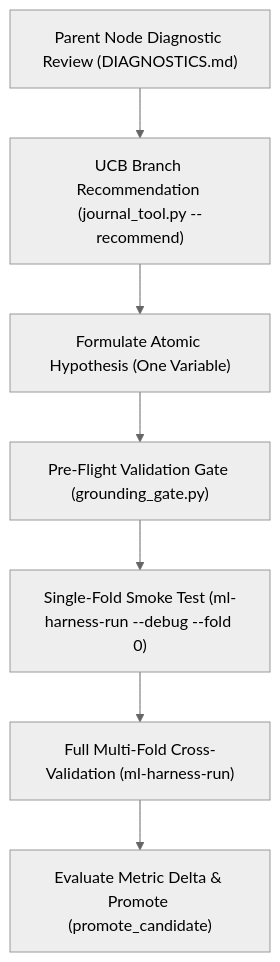
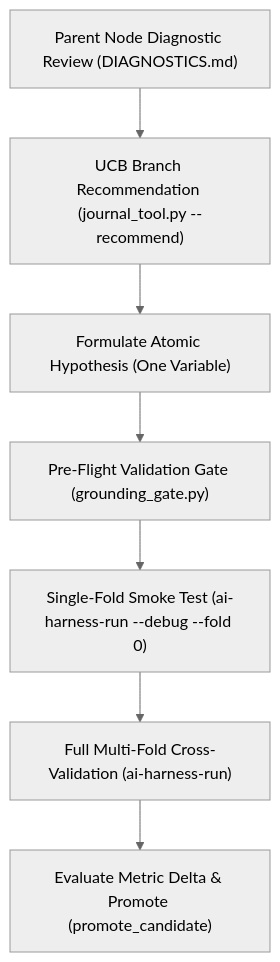
Before and after one commit to taitran501/ai-harness: the diagram in docs/prompts/experiment_iteration.md, drawn with Mermaid (neutral theme). The commit also changed other lines of this file and 11 other files, not shown here.

````diff
--- a/docs/prompts/experiment_iteration.md
+++ b/docs/prompts/experiment_iteration.md
@@ -13,9 +13,9 @@
 ```mermaid
 graph TD
     A["Parent Node Diagnostic Review (DIAGNOSTICS.md)"] --> B["UCB Branch Recommendation (journal_tool.py --recommend)"]
     B --> C["Formulate Atomic Hypothesis (One Variable)"]
     C --> D["Pre-Flight Validation Gate (grounding_gate.py)"]
-    D --> E["Single-Fold Smoke Test (ml-harness-run --debug --fold 0)"]
-    E --> F["Full Multi-Fold Cross-Validation (ml-harness-run)"]
+    D --> E["Single-Fold Smoke Test (ai-harness-run --debug --fold 0)"]
+    E --> F["Full Multi-Fold Cross-Validation (ai-harness-run)"]
     F --> G["Evaluate Metric Delta & Promote (promote_candidate)"]
 ```
````
